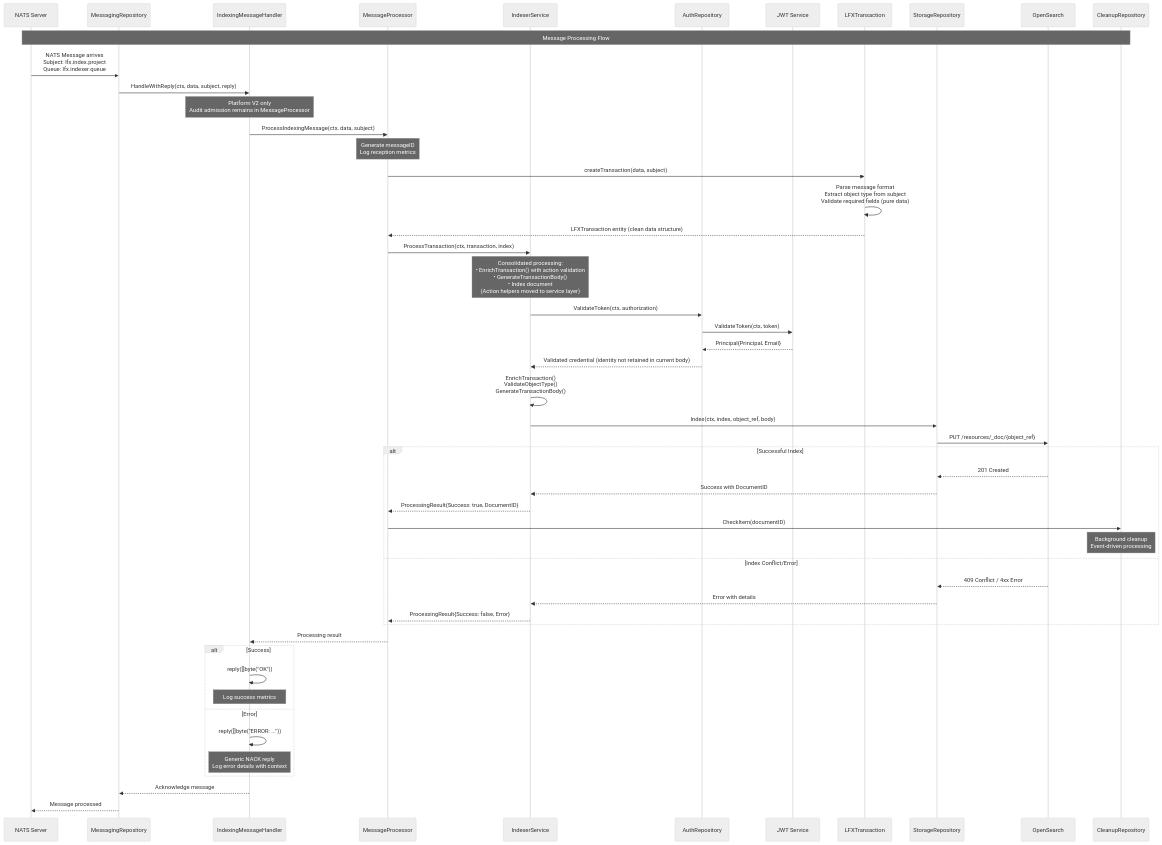
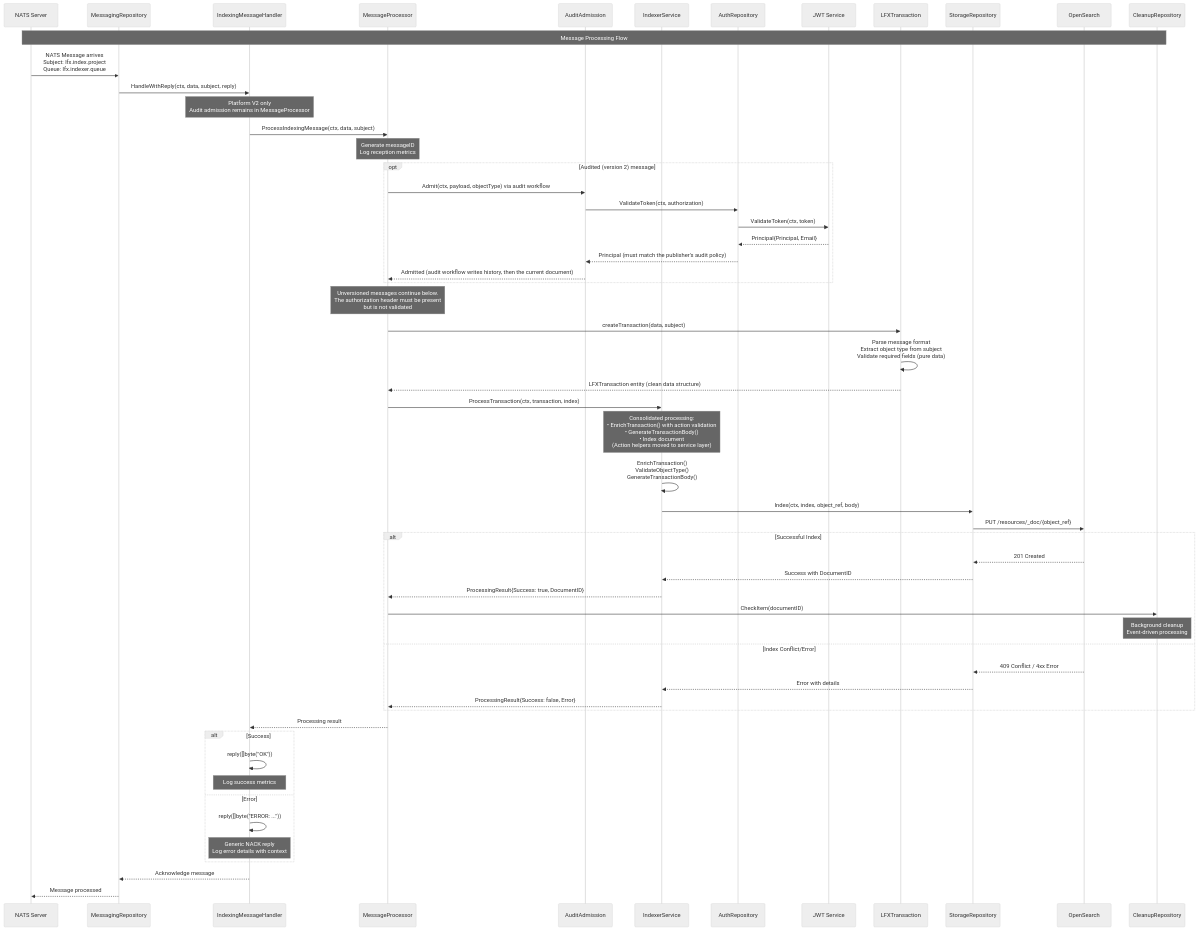
Before and after one commit to linuxfoundation/lfx-v2-indexer-service: the second of 2 diagrams in README.md, drawn with Mermaid (neutral theme). The commit also changed other lines of this file and 8 other files, not shown here.

```diff
--- a/README.md
+++ b/README.md
@@ -250,6 +250,7 @@
     participant MR as MessagingRepository
     participant UH as IndexingMessageHandler
     participant MP as MessageProcessor
+    participant AA as AuditAdmission
     participant IS as IndexerService
     participant AR as AuthRepository
     participant JWT as JWT Service
@@ -270,6 +271,17 @@
     UH->>MP: ProcessIndexingMessage(ctx, data, subject)
     Note over MP: Generate messageID<br/>Log reception metrics
 
+    %% Audit admission (audited version 2 messages only)
+    opt Audited (version 2) message
+        MP->>AA: Admit(ctx, payload, objectType) via audit workflow
+        AA->>AR: ValidateToken(ctx, authorization)
+        AR->>JWT: ValidateToken(ctx, token)
+        JWT-->>AR: Principal{Principal, Email}
+        AR-->>AA: Principal (must match the publisher's audit policy)
+        AA-->>MP: Admitted (audit workflow writes history, then the current document)
+    end
+    Note over MP: Unversioned messages continue below.<br/>The authorization header must be present<br/>but is not validated
+
     %% Transaction Creation & Validation
     MP->>TE: createTransaction(data, subject)
     TE->>TE: Parse message format<br/>Extract object type from subject<br/>Validate required fields (pure data)
@@ -279,12 +291,6 @@
     MP->>IS: ProcessTransaction(ctx, transaction, index)
 
     Note over IS: Consolidated processing:<br/>• EnrichTransaction() with action validation<br/>• GenerateTransactionBody()<br/>• Index document<br/>(Action helpers moved to service layer)
-
-    %% Authentication & Authorization
-    IS->>AR: ValidateToken(ctx, authorization)
-    AR->>JWT: ValidateToken(ctx, token)
-    JWT-->>AR: Principal{Principal, Email}
-    AR-->>IS: Validated credential (identity not retained in current body)
 
     %% Validation & Body Generation
     IS->>IS: EnrichTransaction()<br/>ValidateObjectType()<br/>GenerateTransactionBody()
```
